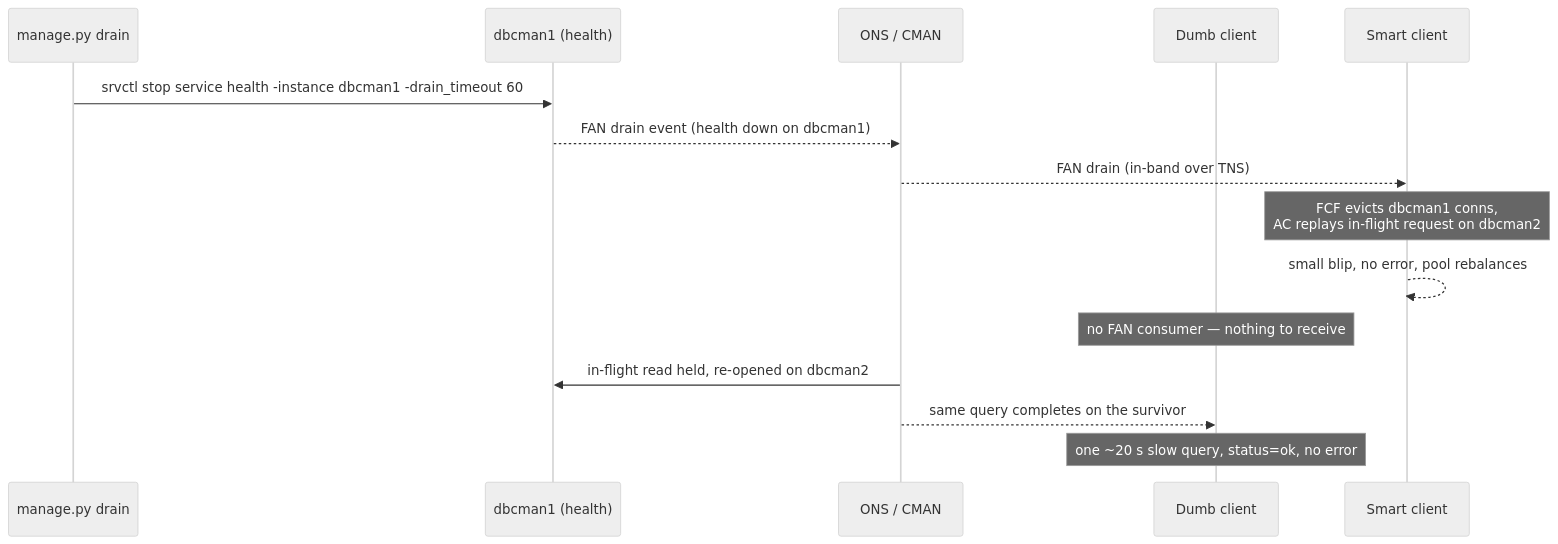
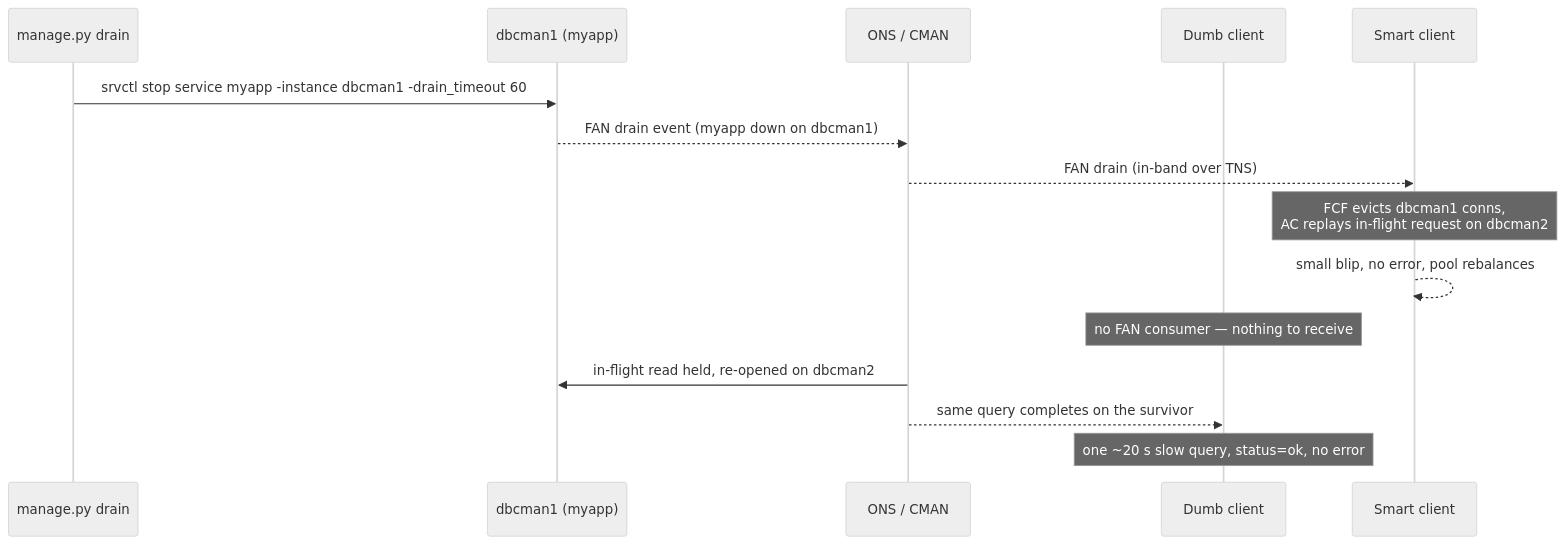
One commit to vmleon/oracle-database-cman changed the third of 3 diagrams in CONTINUITY.md. Above: the diagram before and after it, drawn with Mermaid (neutral theme). The commit also changed other lines of this file and 7 other files, not shown here.

Commit message:
refactor: rename database service health to myapp

````diff
--- a/CONTINUITY.md
+++ b/CONTINUITY.md
@@ -134,18 +134,18 @@
 ```mermaid
 sequenceDiagram
   participant Op as manage.py drain
-  participant DB as dbcman1 (health)
+  participant DB as dbcman1 (myapp)
   participant ONS as ONS / CMAN
   participant D as Dumb client
   participant S as Smart client
 
-  Op->>DB: srvctl stop service health -instance dbcman1 -drain_timeout 60
-  DB-->>ONS: FAN drain event (health down on dbcman1)
+  Op->>DB: srvctl stop service myapp -instance dbcman1 -drain_timeout 60
+  DB-->>ONS: FAN drain event (myapp down on dbcman1)
   ONS-->>S: FAN drain (in-band over TNS)
   Note over S: FCF evicts dbcman1 conns,<br/>AC replays in-flight request on dbcman2
   S-->>S: small blip, no error, pool rebalances
   Note over D: no FAN consumer — nothing to receive
   ONS->>DB: in-flight read held, re-opened on dbcman2
   ONS-->>D: same query completes on the survivor
   Note over D: one ~20 s slow query, status=ok, no error
 ```
````
